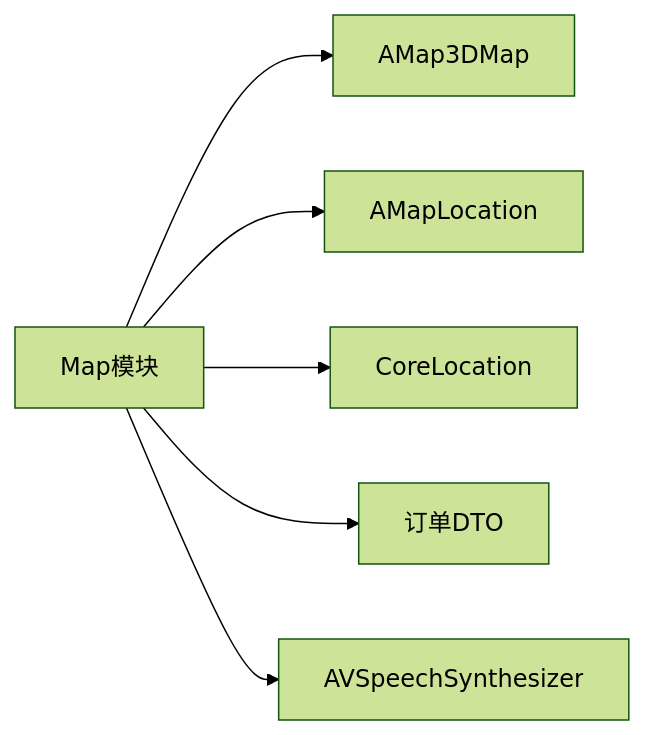
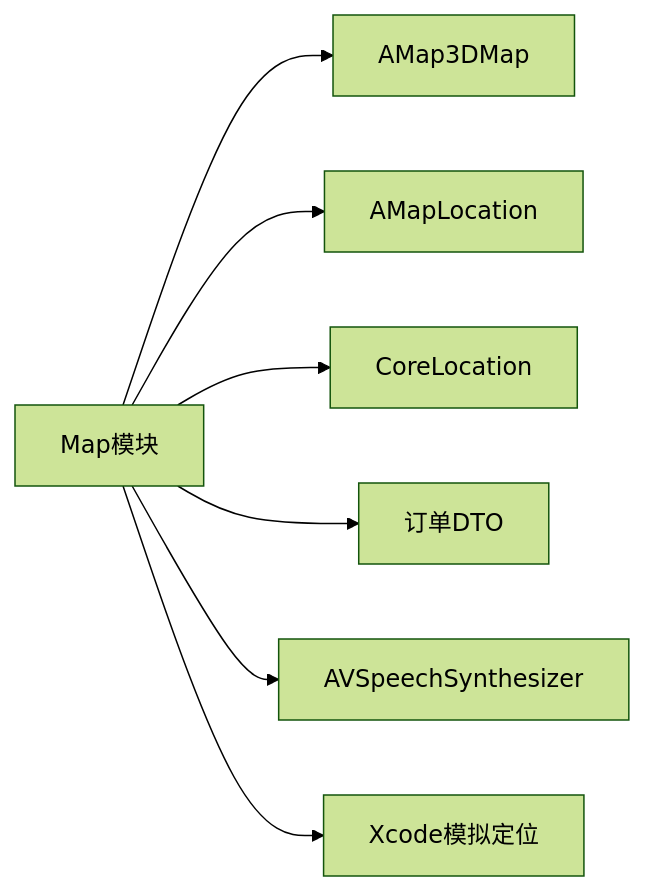
The seventh of 7 diagrams in .qoder/repowiki/zh/content/核心功能模块/地图与定位服务.md (Jayden23018/blind-run-ios), drawn with Mermaid (forest theme) before and after one commit. The commit also changed other lines of this file and 10 other files, not shown here.

````diff
--- a/.qoder/repowiki/zh/content/核心功能模块/地图与定位服务.md
+++ b/.qoder/repowiki/zh/content/核心功能模块/地图与定位服务.md
@@ -311,8 +368,9 @@
 ```mermaid
 graph LR
 Map["Map模块"] --> AMap3D["AMap3DMap"]
 Map --> AMapLoc["AMapLocation"]
 Map --> CL["CoreLocation"]
 Map --> DTO["订单DTO"]
 Map --> TTS["AVSpeechSynthesizer"]
+Map --> Sim["Xcode模拟定位"]
 ```
````
